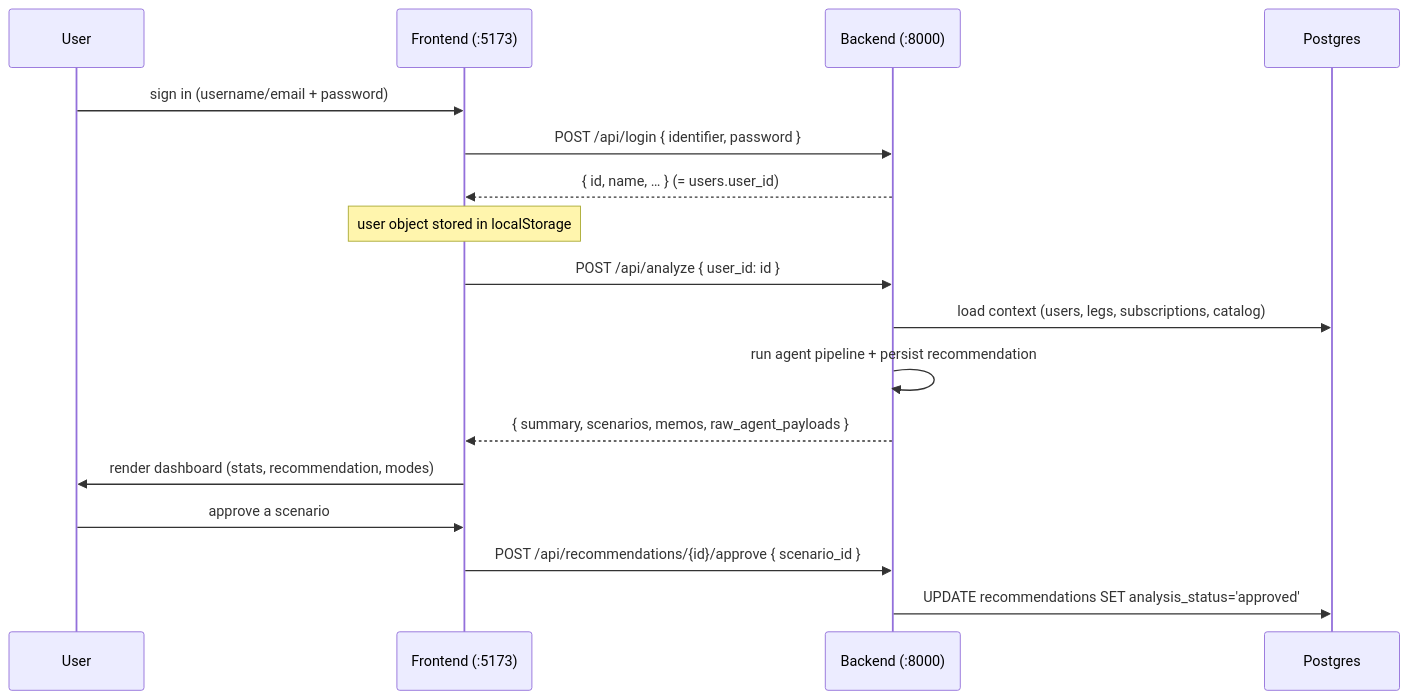
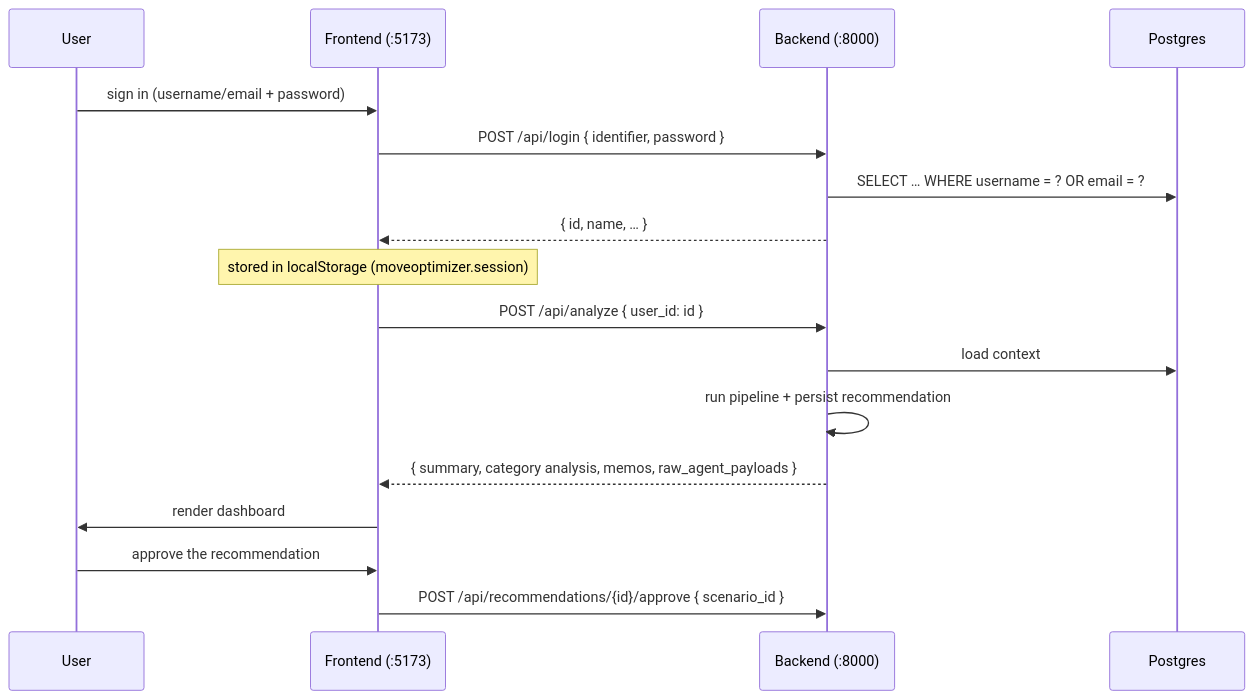
Before and after one commit to tjorgeo/AIIM_DB_mobility_advisior: the fourth of 5 diagrams in backend/README.md, drawn with Mermaid. The commit also changed other lines of this file and 25 other files, not shown here.

````diff
--- a/backend/README.md
+++ b/backend/README.md
@@ -498,20 +498,20 @@
 ```mermaid
 sequenceDiagram
     participant U as User
     participant FE as Frontend (:5173)
     participant BE as Backend (:8000)
     participant DB as Postgres
 
     U->>FE: sign in (username/email + password)
     FE->>BE: POST /api/login { identifier, password }
-    BE-->>FE: { id, name, … }  (= users.user_id)
-    Note over FE: user object stored in localStorage
+    BE->>DB: SELECT … WHERE username = ? OR email = ?
+    BE-->>FE: { id, name, … }
+    Note over FE: stored in localStorage (moveoptimizer.session)
     FE->>BE: POST /api/analyze { user_id: id }
-    BE->>DB: load context (users, legs, subscriptions, catalog)
-    BE->>BE: run agent pipeline + persist recommendation
-    BE-->>FE: { summary, scenarios, memos, raw_agent_payloads }
-    FE->>U: render dashboard (stats, recommendation, modes)
-    U->>FE: approve a scenario
+    BE->>DB: load context
+    BE->>BE: run pipeline + persist recommendation
+    BE-->>FE: { summary, category analysis, memos, raw_agent_payloads }
+    FE->>U: render dashboard
+    U->>FE: approve the recommendation
     FE->>BE: POST /api/recommendations/{id}/approve { scenario_id }
-    BE->>DB: UPDATE recommendations SET analysis_status='approved'
 ```
````
